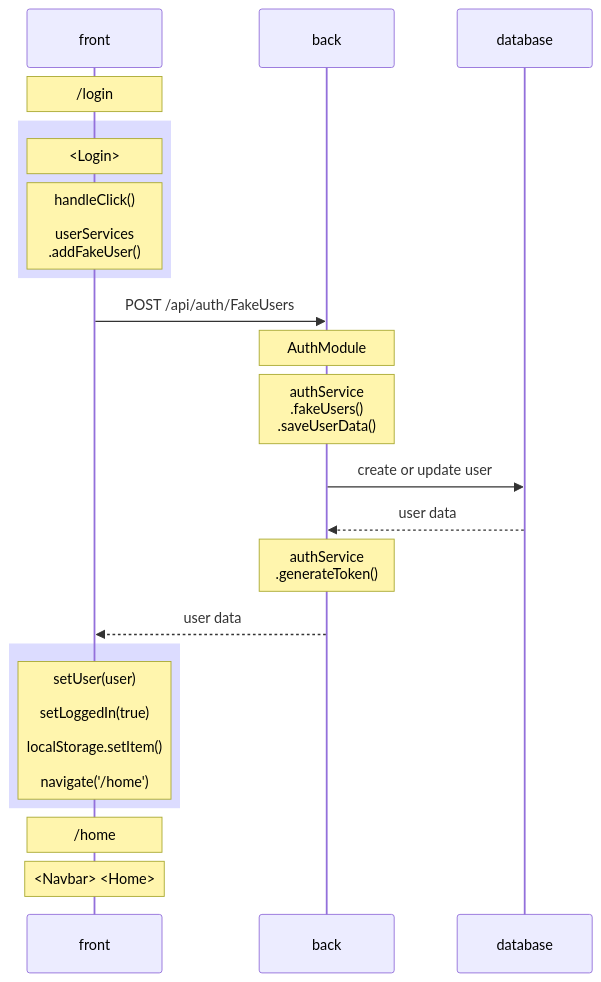
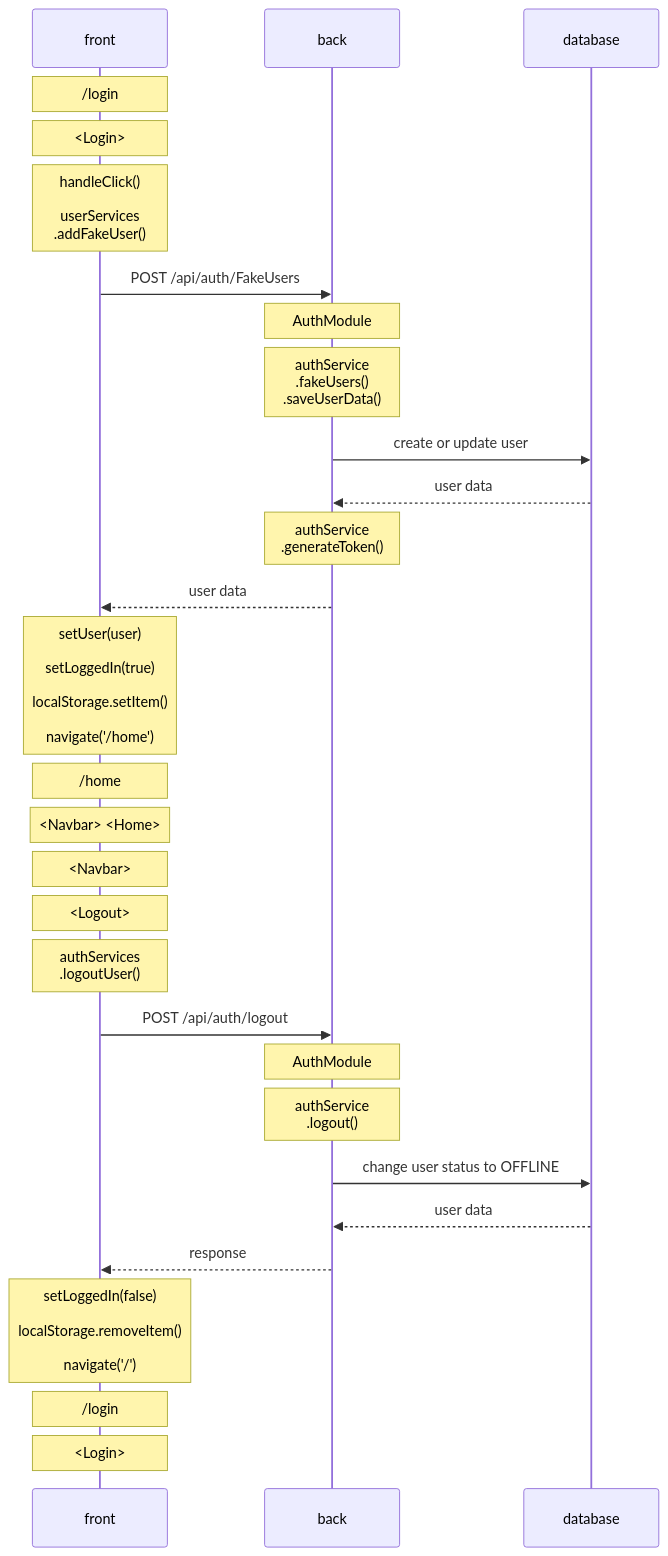
The diagram in README.md (TDSn3/transcendence), drawn with Mermaid before and after one commit.

````diff
--- a/README.md
+++ b/README.md
@@ -116,23 +116,33 @@
 ``` mermaid
 sequenceDiagram
 
     %% Login FakeUser 
 	note over front: /login
-    rect rgb(220, 220, 255)
     note over front: <Login>
     note over front: handleClick() <br/><br/> userServices <br/> .addFakeUser()
-    end
     front->>back: POST /api/auth/FakeUsers
     note over back: AuthModule
     note over back: authService <br/> .fakeUsers() <br/> .saveUserData()
     back->>database: create or update user
     database-->>back: user data
     note over back: authService <br/> .generateToken()
     back-->>front: user data
-    rect rgb(220, 220, 255)
     note over front: setUser(user) <br/><br/> setLoggedIn(true) <br/><br/> localStorage.setItem() <br/><br/> navigate('/home')
-    end
     note over front: /home
     note over front: <Navbar> <Home>
 
+    %% Logout
+    note over front: <Navbar>
+    note over front: <Logout>
+    note over front: authServices <br/> .logoutUser()
+    front->>back: POST /api/auth/logout
+    note over back: AuthModule
+    note over back: authService <br/> .logout()
+    back->>database: change user status to OFFLINE
+    database-->>back: user data
+    back-->>front: response
+    note over front: setLoggedIn(false) <br/><br/> localStorage.removeItem() <br/><br/> navigate('/')
+    note over front: /login
+    note over front: <Login>
+
 ```
````
